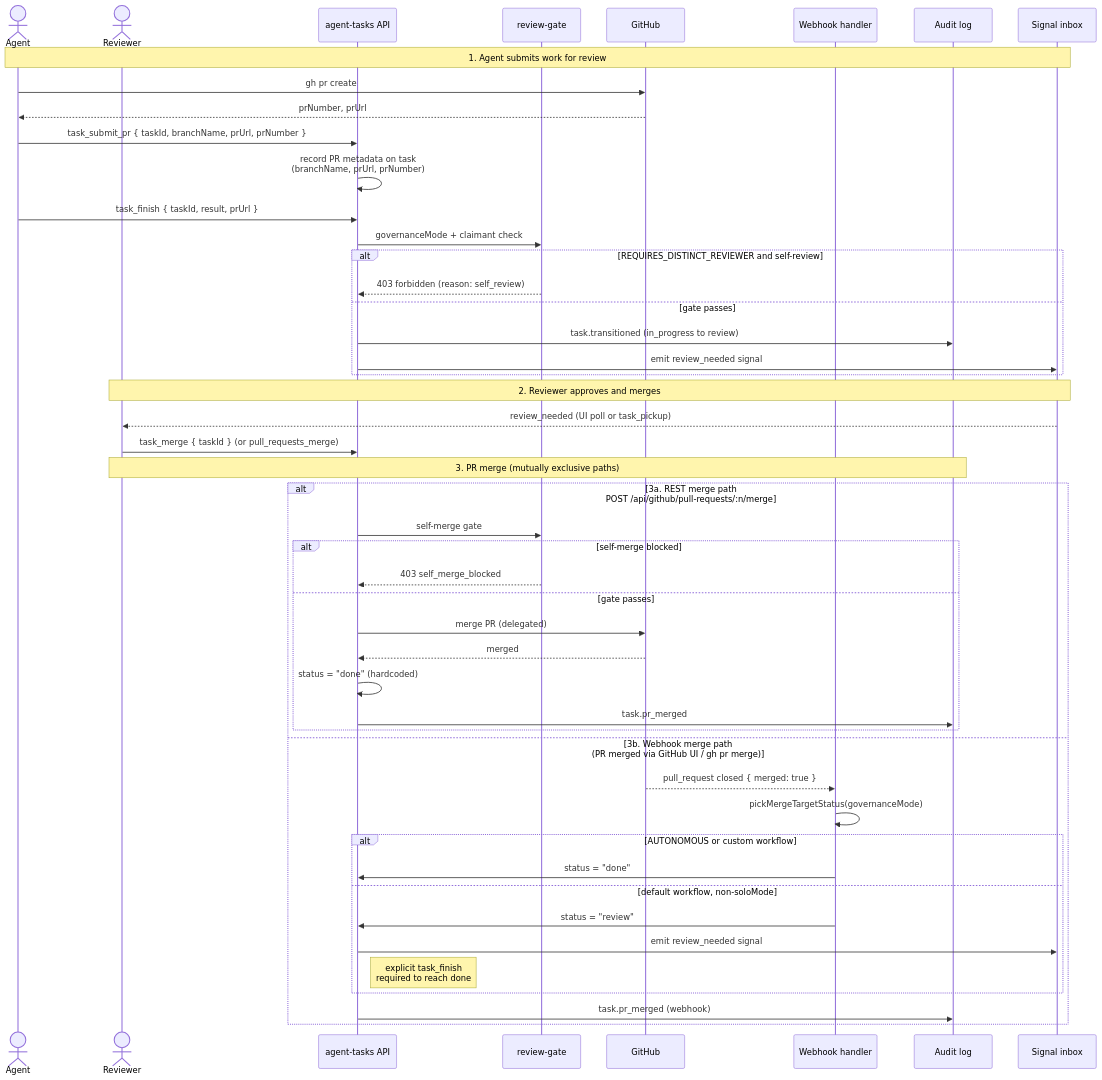
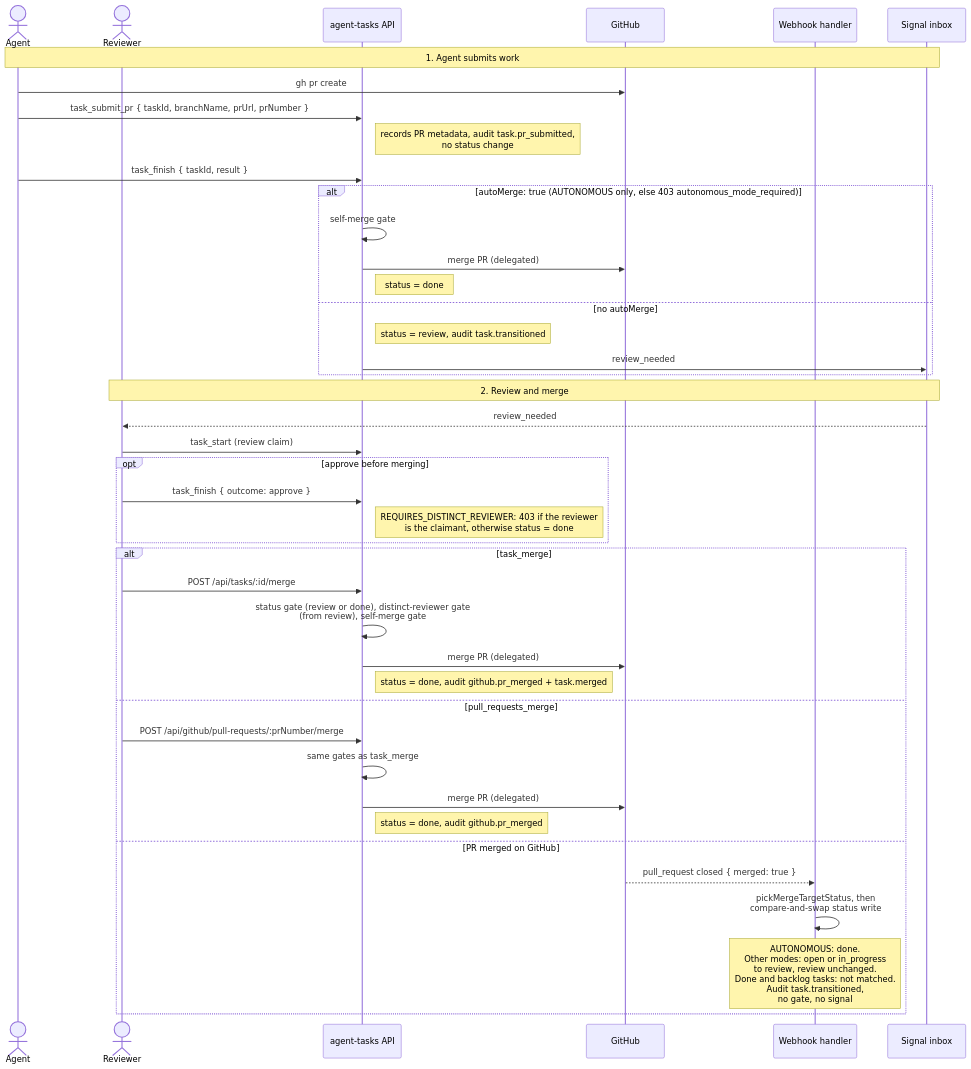
The diagram in docs/diagrams/sequence-review-deploy.mmd (LanNguyenSi/agent-tasks), drawn with Mermaid before and after one commit. The commit also changed 55 other files, not shown here.

First line of the commit message:
docs: correct architecture, API, signal and workflow docs against the code; extend the OKF bundle (#600)

```diff
--- a/docs/diagrams/sequence-review-deploy.mmd
+++ b/docs/diagrams/sequence-review-deploy.mmd
@@ -1,51 +1,44 @@
 sequenceDiagram
     actor Agent
     actor Reviewer
     participant API as agent-tasks API
-    participant Gate as review-gate
     participant GH as GitHub
     participant Hook as Webhook handler
-    participant Audit as Audit log
     participant Inbox as Signal inbox
 
-    Note over Agent,Inbox: 1. Agent submits work for review
+    Note over Agent,Inbox: 1. Agent submits work
     Agent->>GH: gh pr create
-    GH-->>Agent: prNumber, prUrl
     Agent->>API: task_submit_pr { taskId, branchName, prUrl, prNumber }
-    API->>API: record PR metadata on task<br/>(branchName, prUrl, prNumber)
-    Agent->>API: task_finish { taskId, result, prUrl }
-    API->>Gate: governanceMode + claimant check
-    alt REQUIRES_DISTINCT_REVIEWER and self-review
-        Gate-->>API: 403 forbidden (reason: self_review)
-    else gate passes
-        API->>Audit: task.transitioned (in_progress to review)
-        API->>Inbox: emit review_needed signal
+    Note right of API: records PR metadata, audit task.pr_submitted,<br/>no status change
+    Agent->>API: task_finish { taskId, result }
+    alt autoMerge: true (AUTONOMOUS only, else 403 autonomous_mode_required)
+        API->>API: self-merge gate
+        API->>GH: merge PR (delegated)
+        Note right of API: status = done
+    else no autoMerge
+        Note right of API: status = review, audit task.transitioned
+        API->>Inbox: review_needed
     end
 
-    Note over Reviewer,Inbox: 2. Reviewer approves and merges
-    Inbox-->>Reviewer: review_needed (UI poll or task_pickup)
-    Reviewer->>API: task_merge { taskId } (or pull_requests_merge)
-
-    Note over Reviewer,Audit: 3. PR merge (mutually exclusive paths)
-    alt 3a. REST merge path<br/>POST /api/github/pull-requests/:n/merge
-        API->>Gate: self-merge gate
-        alt self-merge blocked
-            Gate-->>API: 403 self_merge_blocked
-        else gate passes
-            API->>GH: merge PR (delegated)
-            GH-->>API: merged
-            API->>API: status = "done" (hardcoded)
-            API->>Audit: task.pr_merged
-        end
-    else 3b. Webhook merge path<br/>(PR merged via GitHub UI / gh pr merge)
+    Note over Reviewer,Inbox: 2. Review and merge
+    Inbox-->>Reviewer: review_needed
+    Reviewer->>API: task_start (review claim)
+    opt approve before merging
+        Reviewer->>API: task_finish { outcome: approve }
+        Note right of API: REQUIRES_DISTINCT_REVIEWER: 403 if the reviewer<br/>is the claimant, otherwise status = done
+    end
+    alt task_merge
+        Reviewer->>API: POST /api/tasks/:id/merge
+        API->>API: status gate (review or done), distinct-reviewer gate<br/>(from review), self-merge gate
+        API->>GH: merge PR (delegated)
+        Note right of API: status = done, audit github.pr_merged + task.merged
+    else pull_requests_merge
+        Reviewer->>API: POST /api/github/pull-requests/:prNumber/merge
+        API->>API: same gates as task_merge
+        API->>GH: merge PR (delegated)
+        Note right of API: status = done, audit github.pr_merged
+    else PR merged on GitHub
         GH-->>Hook: pull_request closed { merged: true }
-        Hook->>Hook: pickMergeTargetStatus(governanceMode)
-        alt AUTONOMOUS or custom workflow
-            Hook->>API: status = "done"
-        else default workflow, non-soloMode
-            Hook->>API: status = "review"
-            API->>Inbox: emit review_needed signal
-            Note right of API: explicit task_finish<br/>required to reach done
-        end
-        API->>Audit: task.pr_merged (webhook)
+        Hook->>Hook: pickMergeTargetStatus, then<br/>compare-and-swap status write
+        Note over Hook: AUTONOMOUS: done.<br/>Other modes: open or in_progress<br/>to review, review unchanged.<br/>Done and backlog tasks: not matched.<br/>Audit task.transitioned,<br/>no gate, no signal
     end
```
